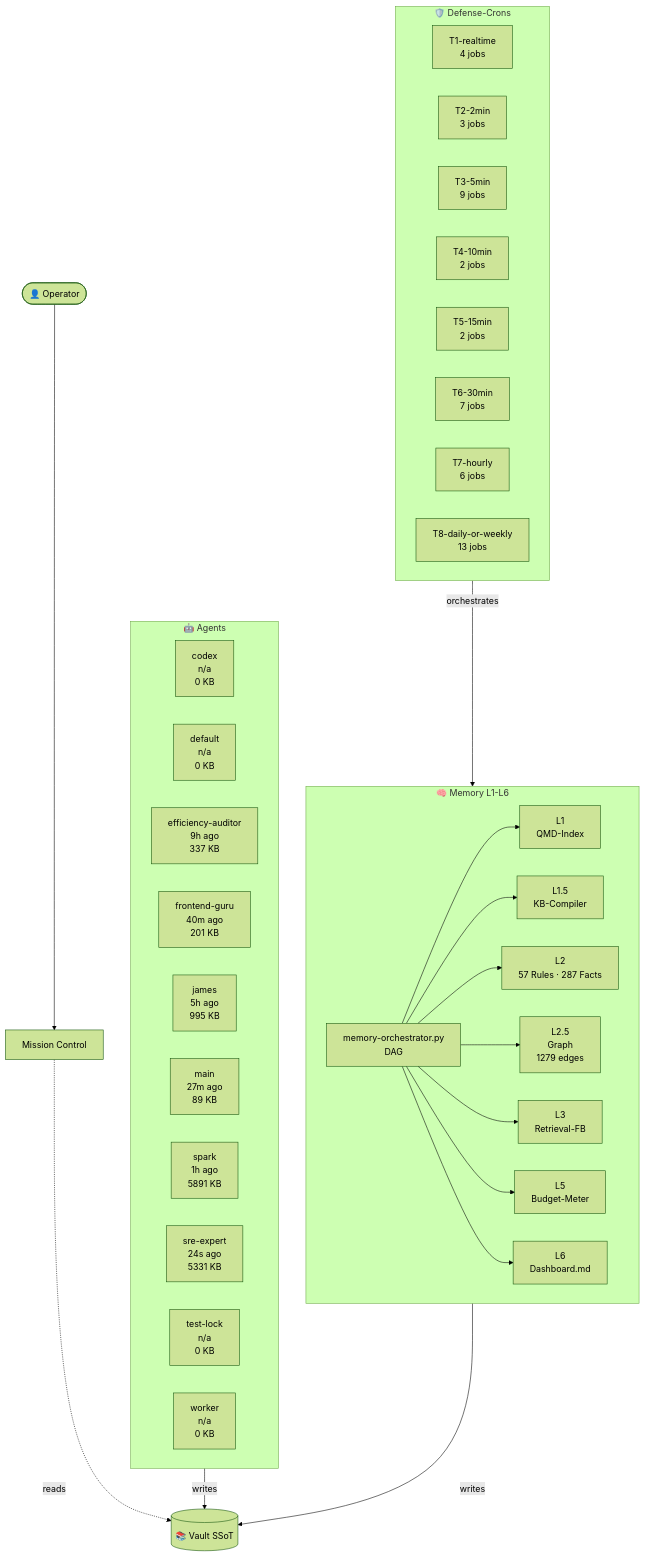
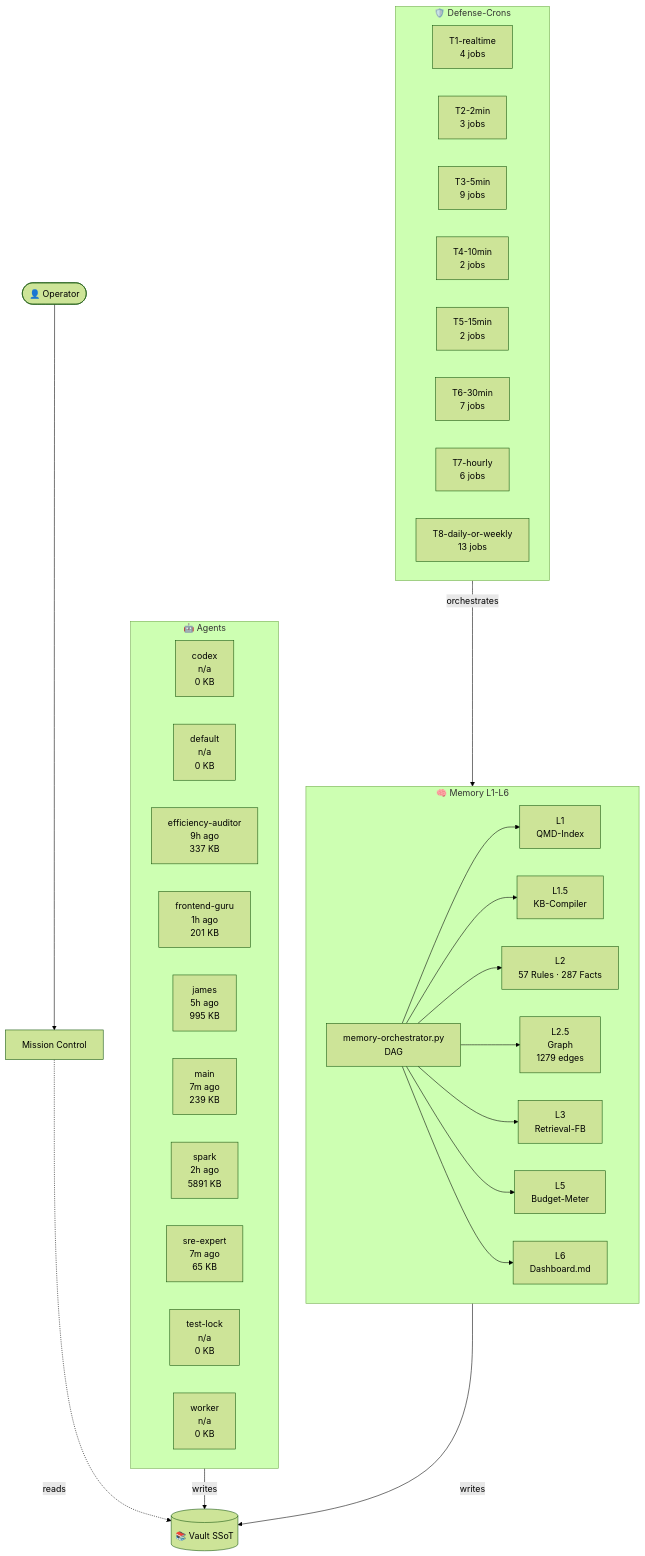
One commit to lenardhuebner88-rgb/openclaw-memory changed the diagram in 03-Agents/architecture-live.md. Above: the diagram before and after it, drawn with Mermaid (forest theme). The commit also changed other lines of this file and 13 other files, not shown here.

````diff
--- a/03-Agents/architecture-live.md
+++ b/03-Agents/architecture-live.md
@@ -18,51 +18,51 @@
 ```mermaid
 flowchart TB
     classDef critical fill:#fee,stroke:#c00,stroke-width:2px;
     subgraph AGT["🤖 Agents"]
         agent_codex["codex<br/>n/a<br/>0 KB"]
         agent_default["default<br/>n/a<br/>0 KB"]
         agent_efficiency_auditor["efficiency-auditor<br/>9h ago<br/>337 KB"]
-        agent_frontend_guru["frontend-guru<br/>40m ago<br/>201 KB"]
+        agent_frontend_guru["frontend-guru<br/>1h ago<br/>201 KB"]
         agent_james["james<br/>5h ago<br/>995 KB"]
-        agent_main["main<br/>27m ago<br/>89 KB"]
-        agent_spark["spark<br/>1h ago<br/>5891 KB"]
-        agent_sre_expert["sre-expert<br/>24s ago<br/>5331 KB"]
+        agent_main["main<br/>7m ago<br/>239 KB"]
+        agent_spark["spark<br/>2h ago<br/>5891 KB"]
+        agent_sre_expert["sre-expert<br/>7m ago<br/>65 KB"]
         agent_test_lock["test-lock<br/>n/a<br/>0 KB"]
         agent_worker["worker<br/>n/a<br/>0 KB"]
     end
     subgraph MEM["🧠 Memory L1-L6"]
         L1["L1<br/>QMD-Index"]
         L15["L1.5<br/>KB-Compiler"]
         L2["L2<br/>57 Rules · 287 Facts"]
         L25["L2.5<br/>Graph<br/>1279 edges"]
         L3["L3<br/>Retrieval-FB"]
         L5["L5<br/>Budget-Meter"]
         L6["L6<br/>Dashboard.md"]
         ORCH["memory-orchestrator.py<br/>DAG"]
     end
     subgraph CRN["🛡️ Defense-Crons"]
         tier_T1_realtime["T1-realtime<br/>4 jobs"]
         tier_T2_2min["T2-2min<br/>3 jobs"]
         tier_T3_5min["T3-5min<br/>9 jobs"]
         tier_T4_10min["T4-10min<br/>2 jobs"]
         tier_T5_15min["T5-15min<br/>2 jobs"]
         tier_T6_30min["T6-30min<br/>7 jobs"]
         tier_T7_hourly["T7-hourly<br/>6 jobs"]
         tier_T8_daily_or_weekly["T8-daily-or-weekly<br/>13 jobs"]
     end
     VAULT[("📚 Vault SSoT")]
     OP([👤 Operator])
     MC["Mission Control"]
     OP --> MC
     MC -.reads.-> VAULT
     AGT -->|writes| VAULT
     MEM -->|writes| VAULT
     ORCH --> L1
     ORCH --> L15
     ORCH --> L2
     ORCH --> L25
     ORCH --> L3
     ORCH --> L5
     ORCH --> L6
     CRN -->|orchestrates| MEM
 ```
````
